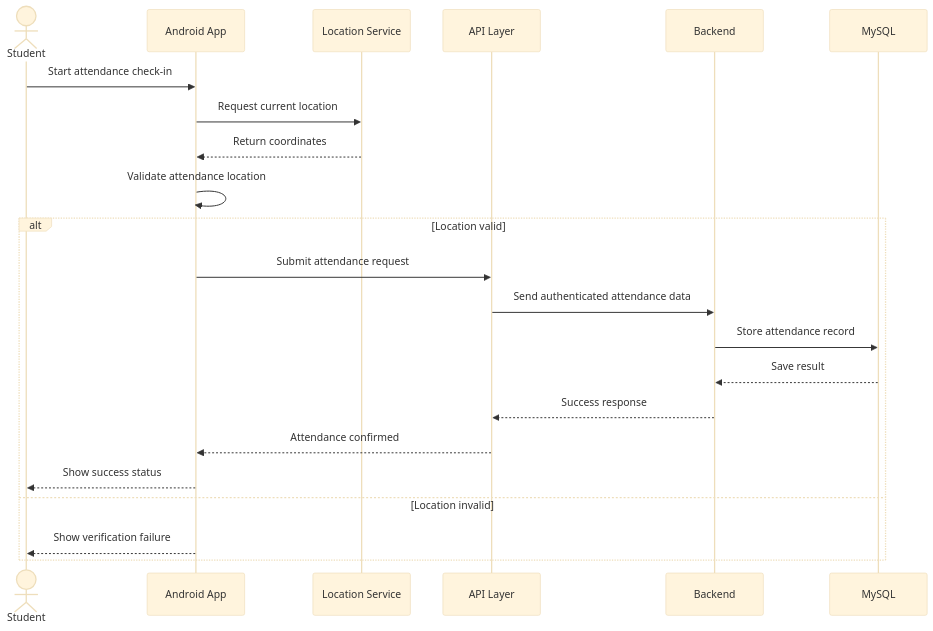
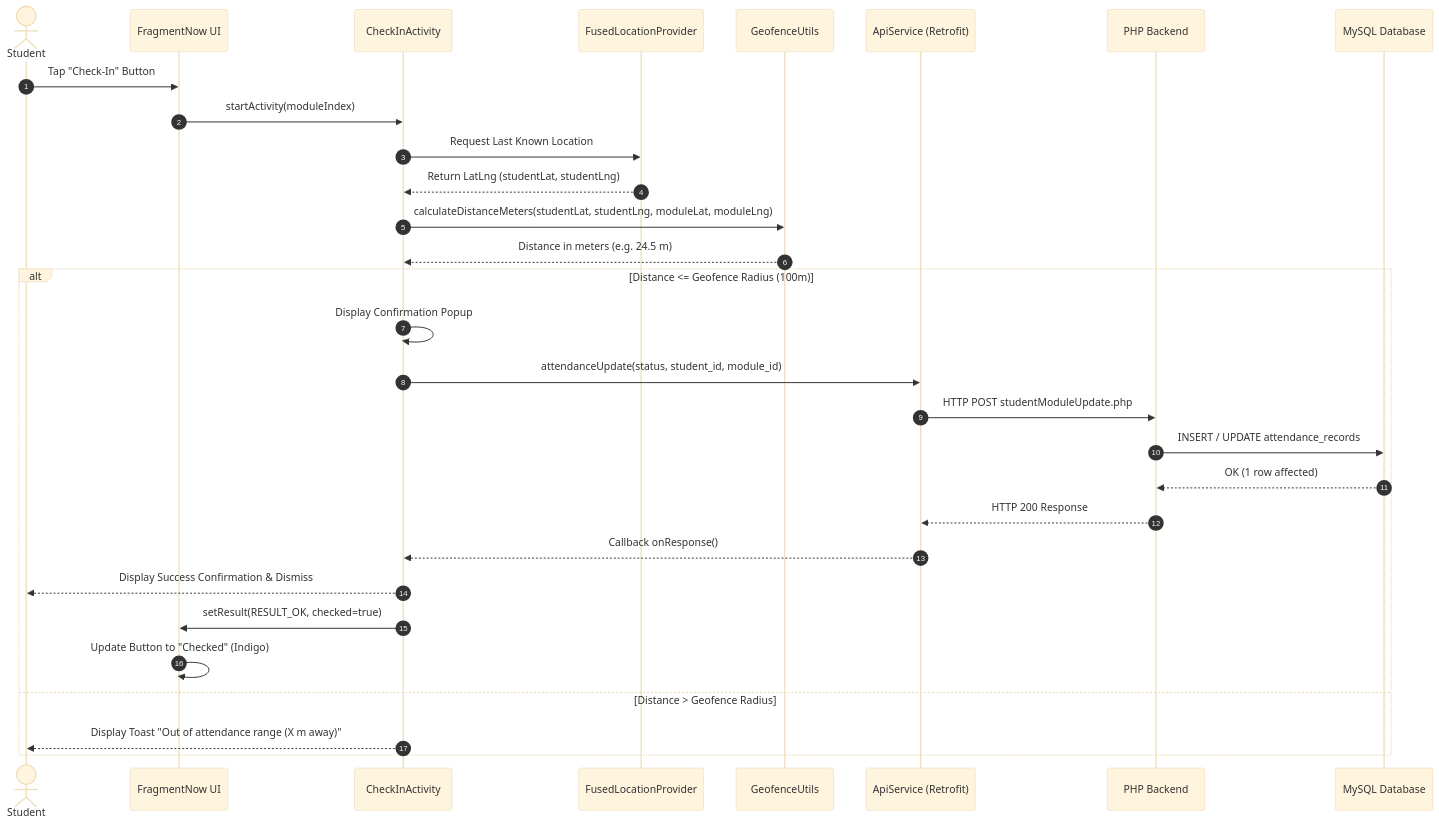
The fifth of 6 diagrams in docs/design-and-testing.md (NaikAtharva002/java-vithyarthi-project), drawn with Mermaid (base theme) before and after one commit. The commit also changed other lines of this file and 23 other files, not shown here.

````diff
--- a/docs/design-and-testing.md
+++ b/docs/design-and-testing.md
@@ -85,25 +294,34 @@
 ```mermaid
 sequenceDiagram
+    autonumber
     actor Student
-    participant App as Android App
-    participant Location as Location Service
-    participant API as API Layer
-    participant Server as Backend
-    participant DB as MySQL
+    participant FragmentNow as FragmentNow UI
+    participant CheckInAct as CheckInActivity
+    participant FusedLoc as FusedLocationProvider
+    participant Geofence as GeofenceUtils
+    participant ApiService as ApiService (Retrofit)
+    participant Server as PHP Backend
+    participant DB as MySQL Database
 
-    Student->>App: Start attendance check-in
-    App->>Location: Request current location
-    Location-->>App: Return coordinates
-    App->>App: Validate attendance location
-    alt Location valid
-        App->>API: Submit attendance request
-        API->>Server: Send authenticated attendance data
-        Server->>DB: Store attendance record
-        DB-->>Server: Save result
-        Server-->>API: Success response
-        API-->>App: Attendance confirmed
-        App-->>Student: Show success status
-    else Location invalid
-        App-->>Student: Show verification failure
+    Student->>FragmentNow: Tap "Check-In" Button
+    FragmentNow->>CheckInAct: startActivity(moduleIndex)
+    CheckInAct->>FusedLoc: Request Last Known Location
+    FusedLoc-->>CheckInAct: Return LatLng (studentLat, studentLng)
+    CheckInAct->>Geofence: calculateDistanceMeters(studentLat, studentLng, moduleLat, moduleLng)
+    Geofence-->>CheckInAct: Distance in meters (e.g. 24.5 m)
+
+    alt Distance <= Geofence Radius (100m)
+        CheckInAct->>CheckInAct: Display Confirmation Popup
+        CheckInAct->>ApiService: attendanceUpdate(status, student_id, module_id)
+        ApiService->>Server: HTTP POST studentModuleUpdate.php
+        Server->>DB: INSERT / UPDATE attendance_records
+        DB-->>Server: OK (1 row affected)
+        Server-->>ApiService: HTTP 200 Response
+        ApiService-->>CheckInAct: Callback onResponse()
+        CheckInAct-->>Student: Display Success Confirmation & Dismiss
+        CheckInAct->>FragmentNow: setResult(RESULT_OK, checked=true)
+        FragmentNow->>FragmentNow: Update Button to "Checked" (Indigo)
+    else Distance > Geofence Radius
+        CheckInAct-->>Student: Display Toast "Out of attendance range (X m away)"
     end
 ```
````
